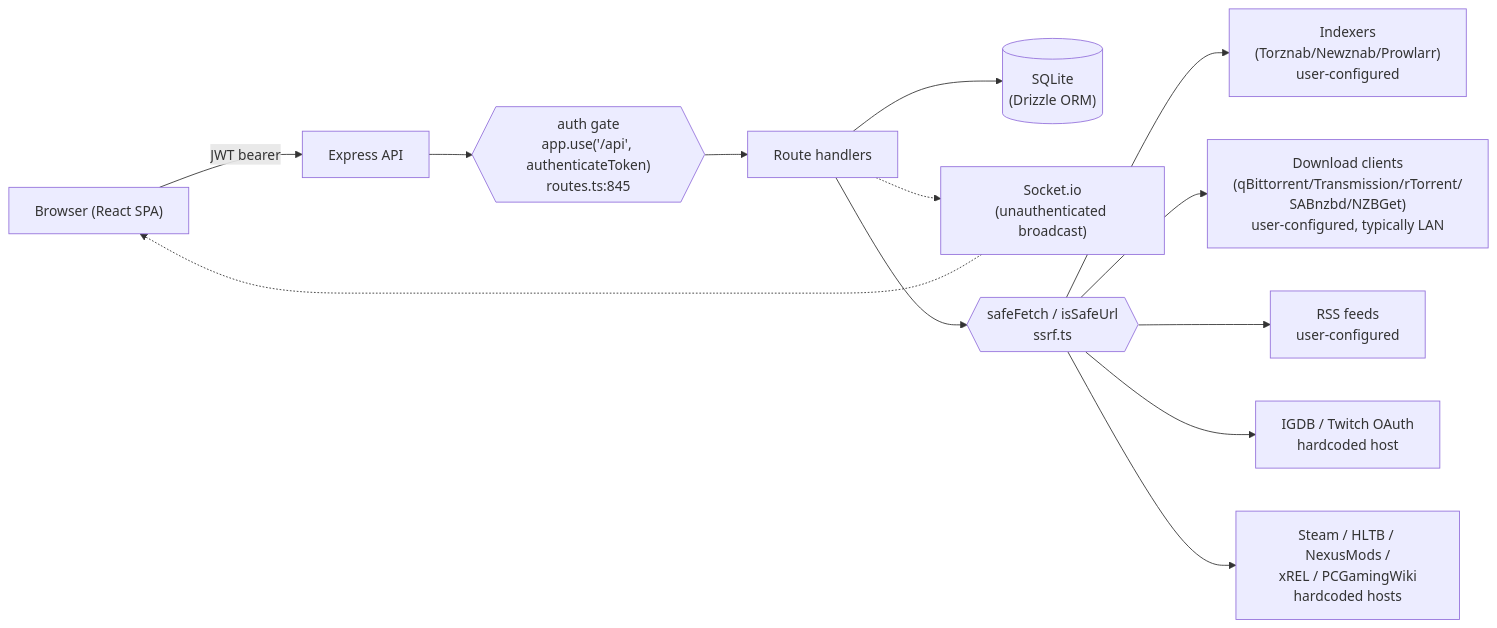
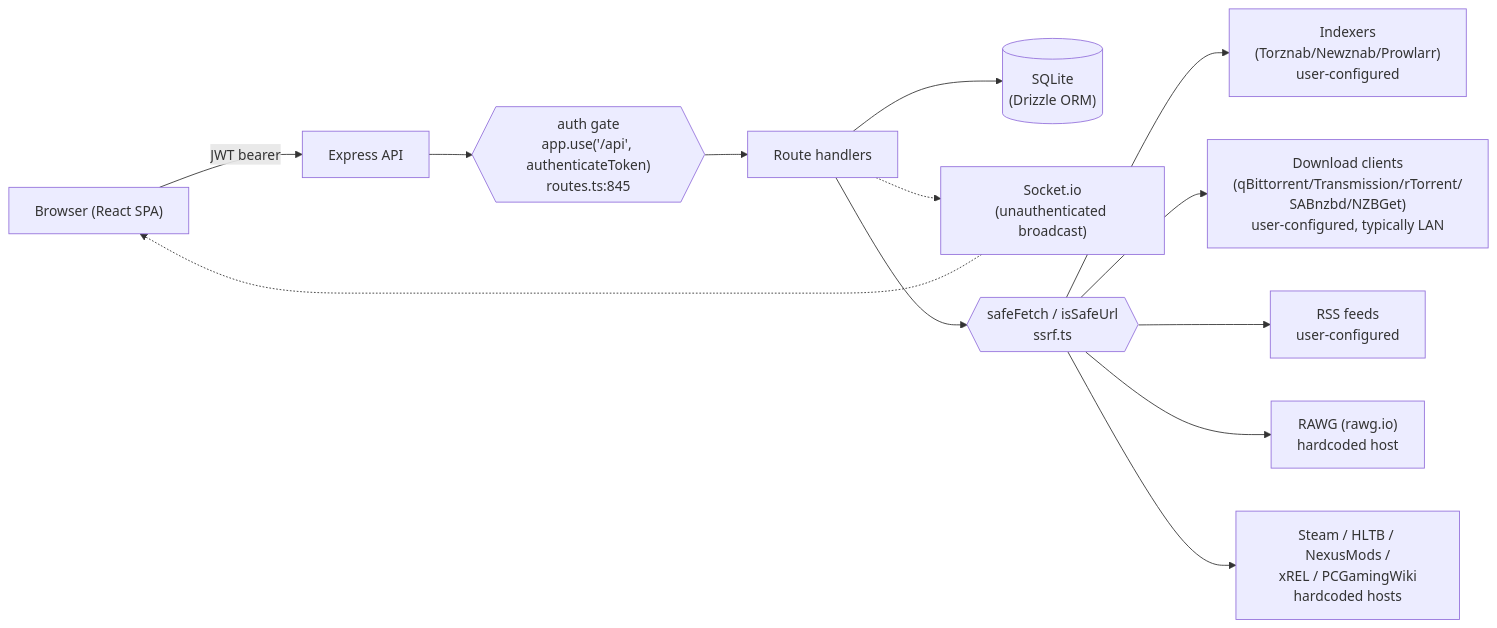
Before and after one commit to Doezer/Questarr: the diagram in docs/THREAT_MODEL.md, drawn with Mermaid. The commit also changed other lines of this file and 169 other files, not shown here.

First line of the commit message:
Replace IGDB with RAWG as the game metadata provider

````diff
--- a/docs/THREAT_MODEL.md
+++ b/docs/THREAT_MODEL.md
@@ -37,22 +37,22 @@
 ```mermaid
 flowchart LR
     Browser["Browser (React SPA)"]
     API["Express API"]
     Gate{{"auth gate\napp.use('/api', authenticateToken)\nroutes.ts:845"}}
     Handlers["Route handlers"]
     DB[("SQLite\n(Drizzle ORM)")]
     Socket["Socket.io\n(unauthenticated broadcast)"]
     SSRF{{"safeFetch / isSafeUrl\nssrf.ts"}}
 
     Browser -- "JWT bearer" --> API
     API --> Gate --> Handlers
     Handlers --> DB
     Handlers -.-> Socket
     Socket -.-> Browser
     Handlers --> SSRF
     SSRF --> Indexers["Indexers\n(Torznab/Newznab/Prowlarr)\nuser-configured"]
     SSRF --> Downloaders["Download clients\n(qBittorrent/Transmission/rTorrent/\nSABnzbd/NZBGet)\nuser-configured, typically LAN"]
     SSRF --> RSS["RSS feeds\nuser-configured"]
-    SSRF --> IGDB["IGDB / Twitch OAuth\nhardcoded host"]
+    SSRF --> RAWG["RAWG (rawg.io)\nhardcoded host"]
     SSRF --> Steam["Steam / HLTB / NexusMods /\nxREL / PCGamingWiki\nhardcoded hosts"]
 ```
````
